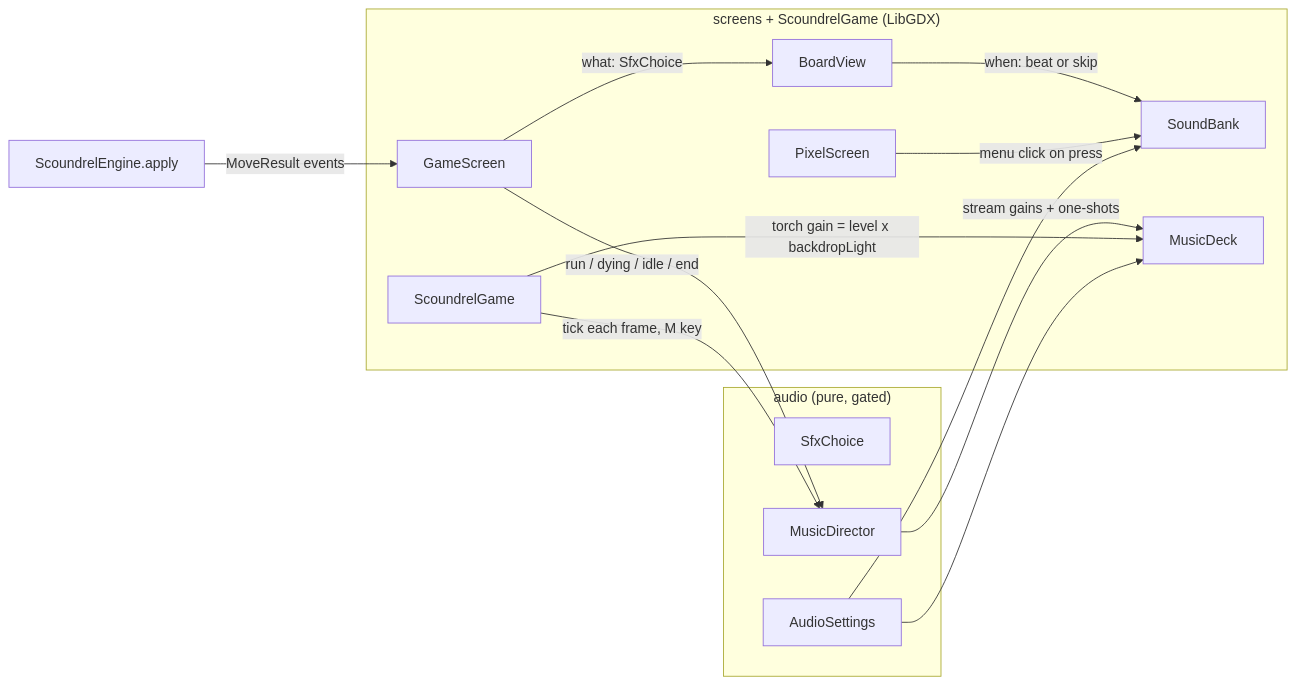
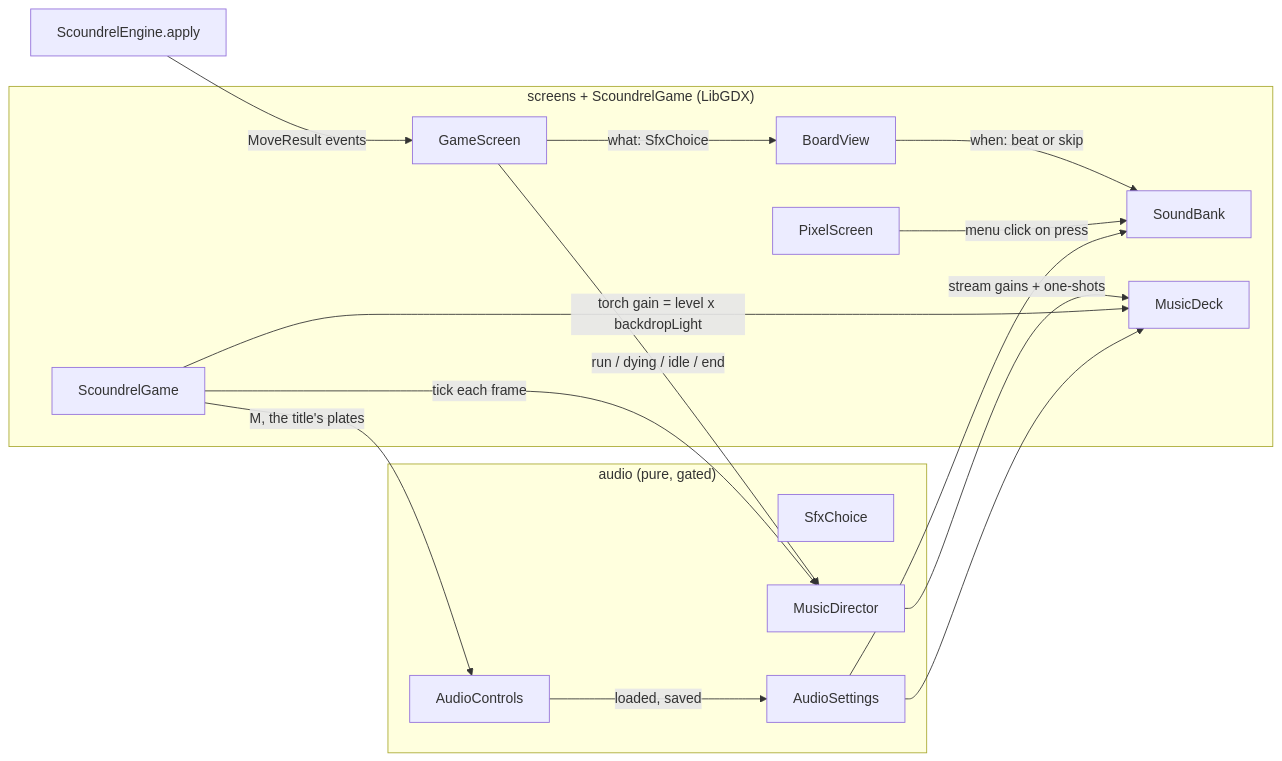
The diagram in docs/audio.md (tomerba6/scoundrel-game), drawn with Mermaid before and after one commit. The commit also changed other lines of this file and 1 other file, not shown here.

Commit message:
docs: Task 7 built and verified in the game, waiting on the plates' sign-off

````diff
--- a/docs/audio.md
+++ b/docs/audio.md
@@ -261,26 +299,29 @@
 ```mermaid
 flowchart LR
   subgraph pure["audio (pure, gated)"]
     SC[SfxChoice]
     MD[MusicDirector]
+    AC[AudioControls]
     AS[AudioSettings]
   end
   subgraph gl["screens + ScoundrelGame (LibGDX)"]
     GS[GameScreen]
     BV[BoardView]
     PS[PixelScreen]
     SB[SoundBank]
     DK[MusicDeck]
     SG[ScoundrelGame]
   end
   E[ScoundrelEngine.apply] -->|MoveResult events| GS
   GS -->|what: SfxChoice| BV
   BV -->|when: beat or skip| SB
   PS -->|menu click on press| SB
   GS -->|run / dying / idle / end| MD
-  SG -->|tick each frame, M key| MD
+  SG -->|tick each frame| MD
   MD -->|stream gains + one-shots| DK
   SG -->|torch gain = level x backdropLight| DK
+  SG -->|M, the title's plates| AC
+  AC -->|loaded, saved| AS
   AS --> SB
   AS --> DK
 ```
````
